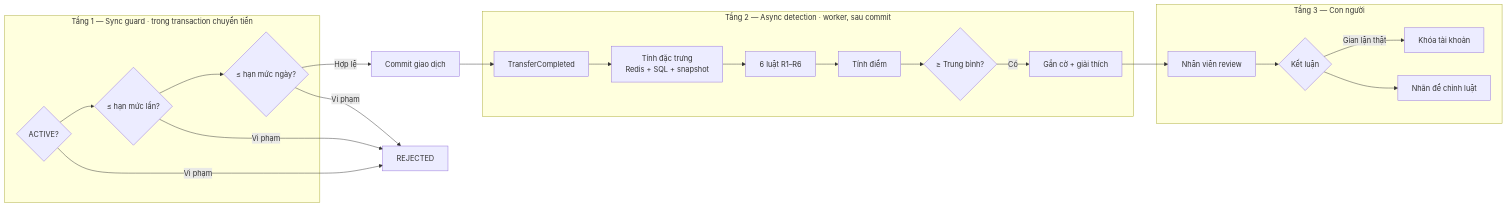
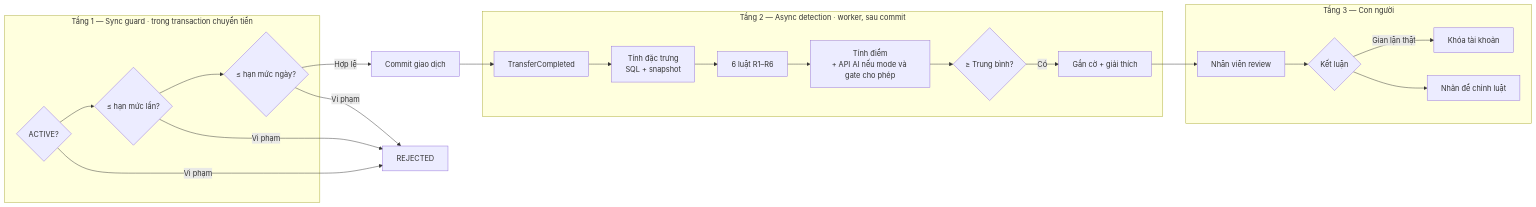
Before and after one commit to Lawliet119/digital-banking-simulator: the first of 4 diagrams in docs/components/risk/FRAUD_DETECTION_GUIDE.md, drawn with Mermaid. The commit also changed other lines of this file, not shown here.

First line of the commit message:
docs(risk): đánh dấu lịch sử ADR-08 và làm rõ mode hiện hành trong guide fraud (BL-186)

````diff
--- a/docs/components/risk/FRAUD_DETECTION_GUIDE.md
+++ b/docs/components/risk/FRAUD_DETECTION_GUIDE.md
@@ -47,18 +61,18 @@
 ```mermaid
 flowchart LR
     subgraph SYNC[Tầng 1 — Sync guard · trong transaction chuyển tiền]
         G1{ACTIVE?} --> G2{≤ hạn mức lần?} --> G3{≤ hạn mức ngày?}
     end
     subgraph ASYNC[Tầng 2 — Async detection · worker, sau commit]
-        E[TransferCompleted] --> F[Tính đặc trưng<br/>Redis + SQL + snapshot]
-        F --> R[6 luật R1–R6] --> S[Tính điểm] --> D{≥ Trung bình?}
+        E[TransferCompleted] --> F[Tính đặc trưng<br/>SQL + snapshot]
+        F --> R[6 luật R1–R6] --> S[Tính điểm<br/>+ API AI nếu mode và gate cho phép] --> D{≥ Trung bình?}
         D -- Có --> FL[Gắn cờ + giải thích]
     end
     subgraph HUMAN[Tầng 3 — Con người]
         FL --> OP[Nhân viên review] --> L{Kết luận}
         L -- Gian lận thật --> LK[Khóa tài khoản]
         L --> LB[Nhãn để chỉnh luật]
     end
     G3 -- Hợp lệ --> COMMIT[Commit giao dịch] --> E
     G1 & G2 & G3 -- Vi phạm --> REJ[REJECTED]
 ```
````
